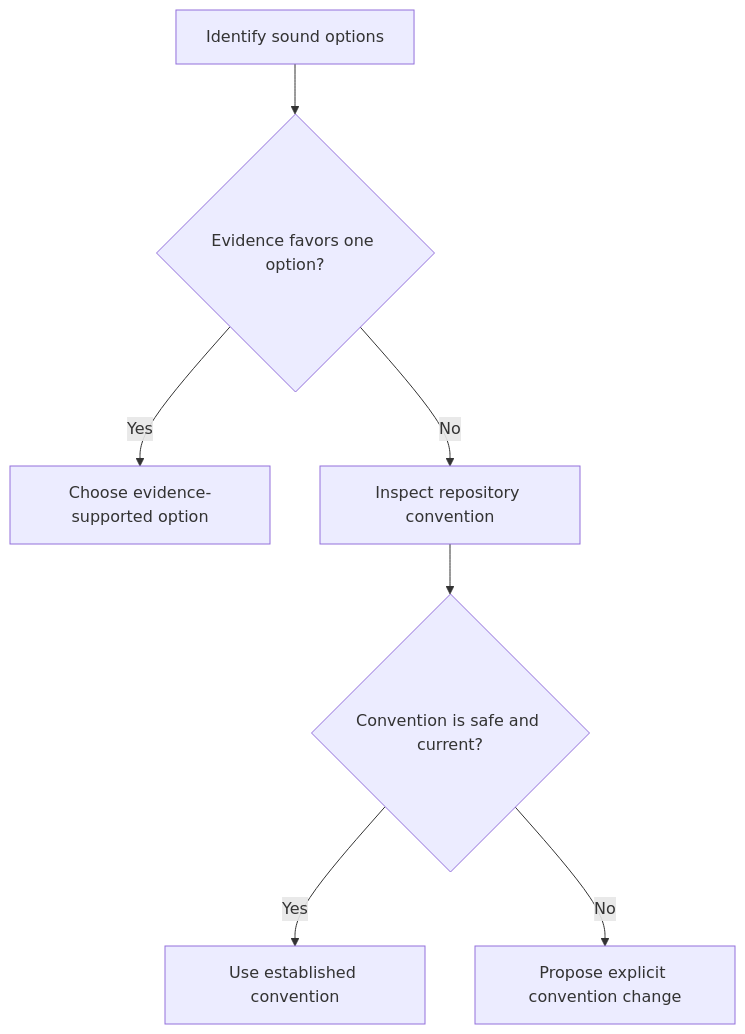
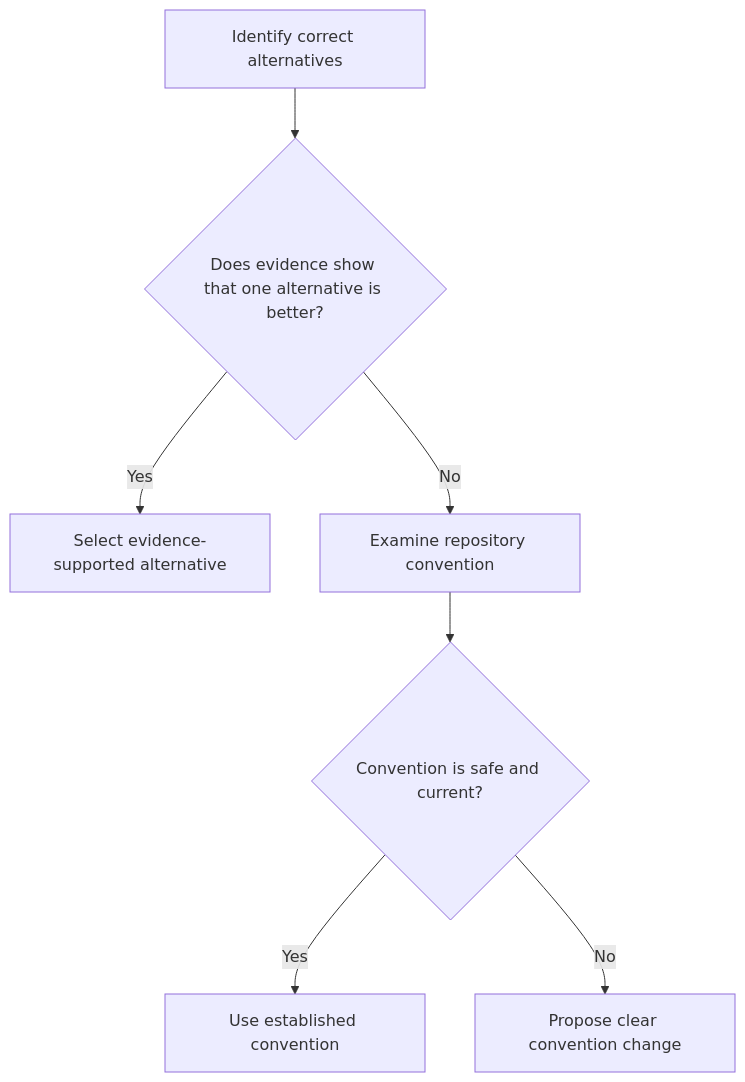
Before and after one commit to HomericIntelligence/Athena: the diagram in docs/principles/details/p071-consistency-over-personal-preference.md, drawn with Mermaid. The commit also changed other lines of this file and 91 other files, not shown here.

````diff
--- a/docs/principles/details/p071-consistency-over-personal-preference.md
+++ b/docs/principles/details/p071-consistency-over-personal-preference.md
@@ -36,9 +38,9 @@
 ```mermaid
 flowchart TD
-    A["Identify sound options"] --> B{"Evidence favors one option?"}
-    B -- "Yes" --> C["Choose evidence-supported option"]
-    B -- "No" --> D["Inspect repository convention"]
+    A["Identify correct alternatives"] --> B{"Does evidence show that one alternative is better?"}
+    B -- "Yes" --> C["Select evidence-supported alternative"]
+    B -- "No" --> D["Examine repository convention"]
     D --> E{"Convention is safe and current?"}
     E -- "Yes" --> F["Use established convention"]
-    E -- "No" --> G["Propose explicit convention change"]
+    E -- "No" --> G["Propose clear convention change"]
 ```
````
